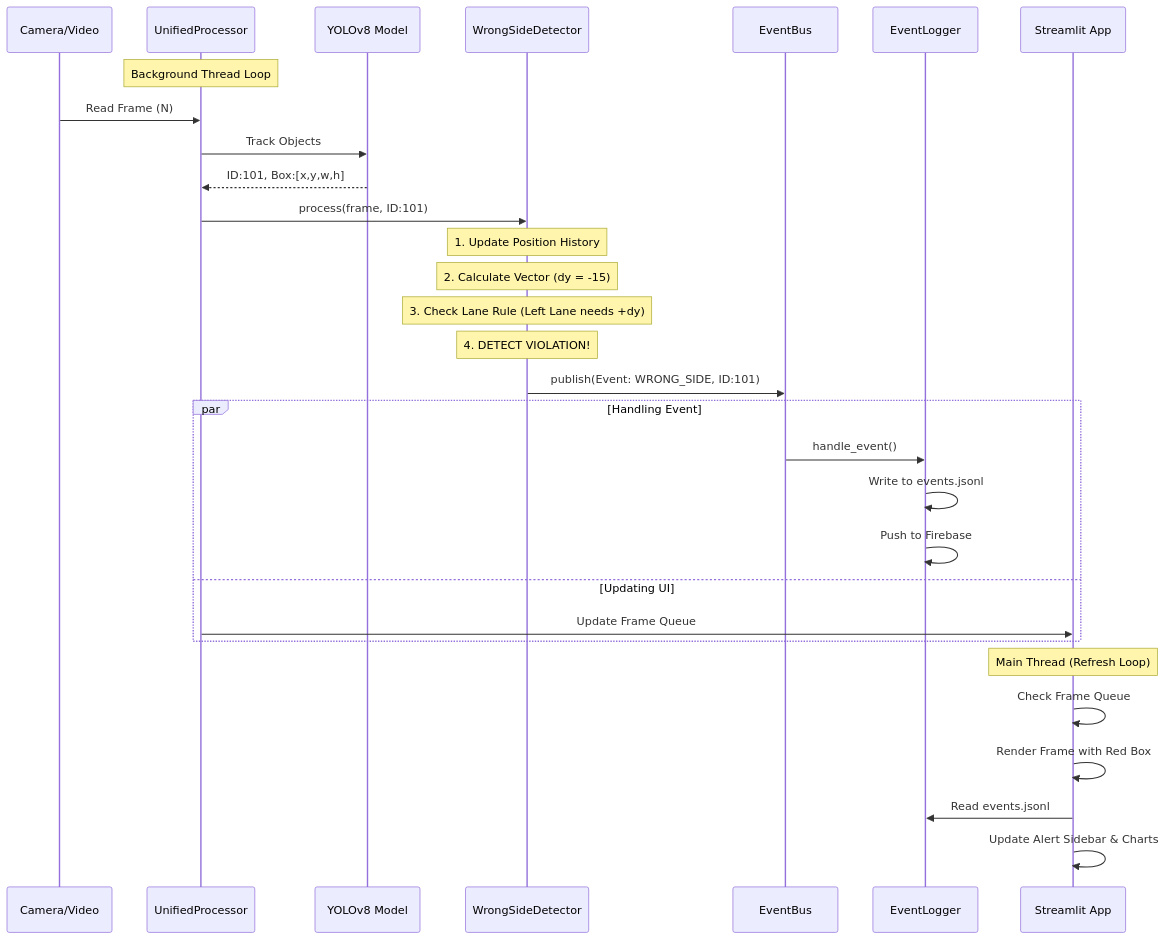
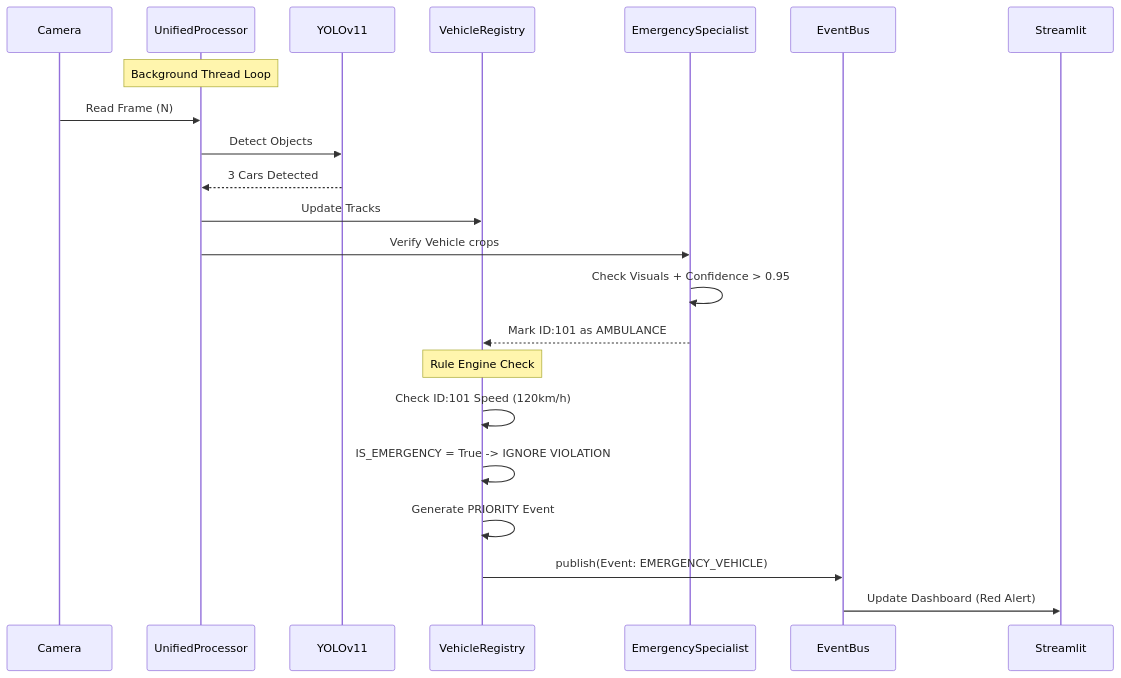
The second of 3 diagrams in readme.md (CAMVIEW-AI/CAMVIEW-AI-Hacksprint2k26.github.io), drawn with Mermaid before and after one commit. The commit also changed other lines of this file and 223 other files, not shown here.

````diff
--- a/readme.md
+++ b/readme.md
@@ -82,38 +103,28 @@
 ```mermaid
 sequenceDiagram
-    participant Cam as Camera/Video
+    participant Cam as Camera
     participant Engine as UnifiedProcessor
-    participant YOLO as YOLOv8 Model
-    participant Det as WrongSideDetector
+    participant YOLO as YOLOv11
+    participant Reg as VehicleRegistry
+    participant EmSpec as EmergencySpecialist
     participant Bus as EventBus
-    participant Log as EventLogger
-    participant UI as Streamlit App
+    participant UI as Streamlit
 
     Note over Engine: Background Thread Loop
     Cam->>Engine: Read Frame (N)
-    Engine->>YOLO: Track Objects
-    YOLO-->>Engine: ID:101, Box:[x,y,w,h]
+    Engine->>YOLO: Detect Objects
+    YOLO-->>Engine: 3 Cars Detected
+    Engine->>Reg: Update Tracks
     
-    Engine->>Det: process(frame, ID:101)
+    Engine->>EmSpec: Verify Vehicle crops
+    EmSpec->>EmSpec: Check Visuals + Confidence > 0.95
+    EmSpec-->>Reg: Mark ID:101 as AMBULANCE
     
-    Note over Det: 1. Update Position History
-    Note over Det: 2. Calculate Vector (dy = -15)
-    Note over Det: 3. Check Lane Rule (Left Lane needs +dy)
-    Note over Det: 4. DETECT VIOLATION!
+    Note over Reg: Rule Engine Check
+    Reg->>Reg: Check ID:101 Speed (120km/h)
+    Reg->>Reg: IS_EMERGENCY = True -> IGNORE VIOLATION
+    Reg->>Reg: Generate PRIORITY Event
     
-    Det->>Bus: publish(Event: WRONG_SIDE, ID:101)
-    
-    par Handling Event
-        Bus->>Log: handle_event()
-        Log->>Log: Write to events.jsonl
-        Log->>Log: Push to Firebase
-    and Updating UI
-        Engine->>UI: Update Frame Queue
-    end
-    
-    Note over UI: Main Thread (Refresh Loop)
-    UI->>UI: Check Frame Queue
-    UI->>UI: Render Frame with Red Box
-    UI->>Log: Read events.jsonl
-    UI->>UI: Update Alert Sidebar & Charts
+    Reg->>Bus: publish(Event: EMERGENCY_VEHICLE)
+    Bus->>UI: Update Dashboard (Red Alert)
 ```
````
